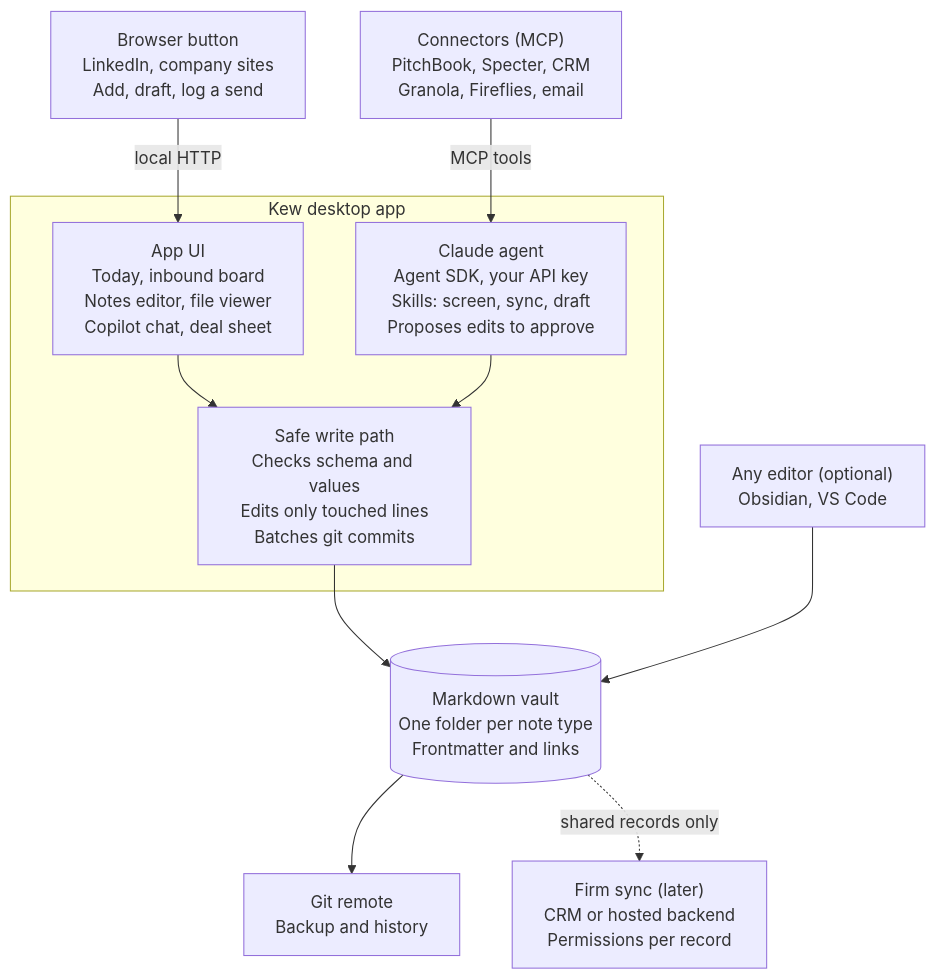
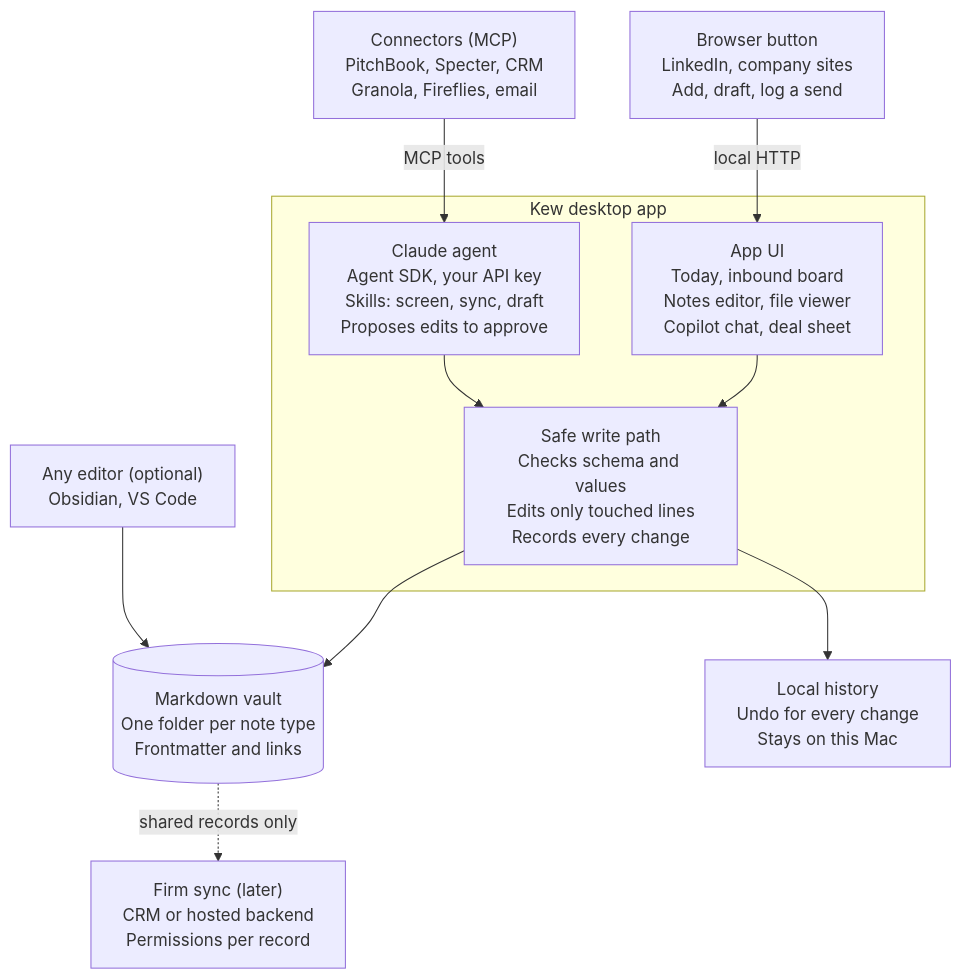
One commit to DerekJongWu/kew changed the first of 3 diagrams in SPEC.md. Above: the diagram before and after it, drawn with Mermaid. The commit also changed other lines of this file and 1 other file, not shown here.

````diff
--- a/SPEC.md
+++ b/SPEC.md
@@ -96,23 +119,23 @@
 ```mermaid
 flowchart TB
   button["Browser button<br/>LinkedIn, company sites<br/>Add, draft, log a send"]
   mcp["Connectors (MCP)<br/>PitchBook, Specter, CRM<br/>Granola, Fireflies, email"]
   subgraph app["Kew desktop app"]
     ui["App UI<br/>Today, inbound board<br/>Notes editor, file viewer<br/>Copilot chat, deal sheet"]
-    write["Safe write path<br/>Checks schema and values<br/>Edits only touched lines<br/>Batches git commits"]
+    write["Safe write path<br/>Checks schema and values<br/>Edits only touched lines<br/>Records every change"]
     agent["Claude agent<br/>Agent SDK, your API key<br/>Skills: screen, sync, draft<br/>Proposes edits to approve"]
   end
   editor["Any editor (optional)<br/>Obsidian, VS Code"]
   vault[("Markdown vault<br/>One folder per note type<br/>Frontmatter and links")]
-  git["Git remote<br/>Backup and history"]
+  hist["Local history<br/>Undo for every change<br/>Stays on this Mac"]
   firm["Firm sync (later)<br/>CRM or hosted backend<br/>Permissions per record"]
 
   button -- local HTTP --> ui
   mcp -- MCP tools --> agent
   ui --> write
   agent --> write
   write --> vault
   editor --> vault
-  vault --> git
+  write --> hist
   vault -. shared records only .-> firm
 ```
````
